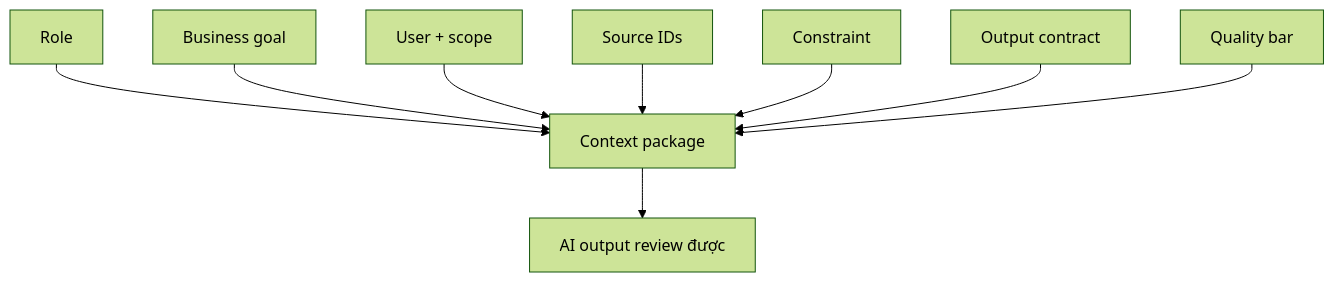
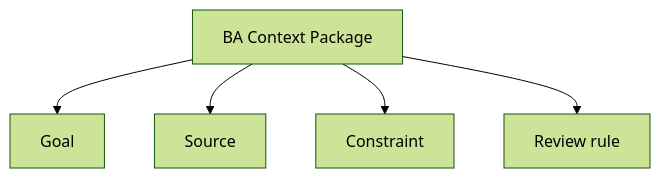
Before and after one commit to anhtnt90dev/ai-for-ba: the second of 2 diagrams in docs/vi/lessons/context-engineering-patterns/index.md, drawn with Mermaid (forest theme). The commit also changed other lines of this file and 40 other files, not shown here.

````diff
--- a/docs/vi/lessons/context-engineering-patterns/index.md
+++ b/docs/vi/lessons/context-engineering-patterns/index.md
@@ -68,11 +173,8 @@
 ```mermaid
 flowchart TD
-    A["Role"] --> H["Context package"]
-    B["Business goal"] --> H
-    C["User + scope"] --> H
-    D["Source IDs"] --> H
-    E["Constraint"] --> H
-    F["Output contract"] --> H
-    G["Quality bar"] --> H
-    H --> I["AI output review được"]
+    A["BA Context Package"]
+    A --> B["Goal"]
+    A --> C["Source"]
+    A --> D["Constraint"]
+    A --> E["Review rule"]
 ```
````
